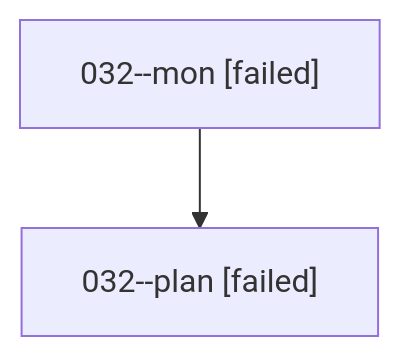
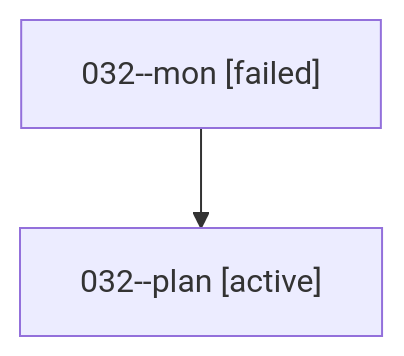
One commit to sase-org/sase--agents changed the diagram in families/bbugyi200.athena.032.md. Above: the diagram before and after it, drawn with Mermaid. The commit also changed other lines of this file and 35830 other files, not shown here.

````diff
--- a/families/bbugyi200.athena.032.md
+++ b/families/bbugyi200.athena.032.md
@@ -9,6 +9,6 @@
 ```mermaid
 flowchart TD
   n0["032--mon [failed]"]
-  n1["032--plan [failed]"]
+  n1["032--plan [active]"]
   n0 --> n1
 ```
````
